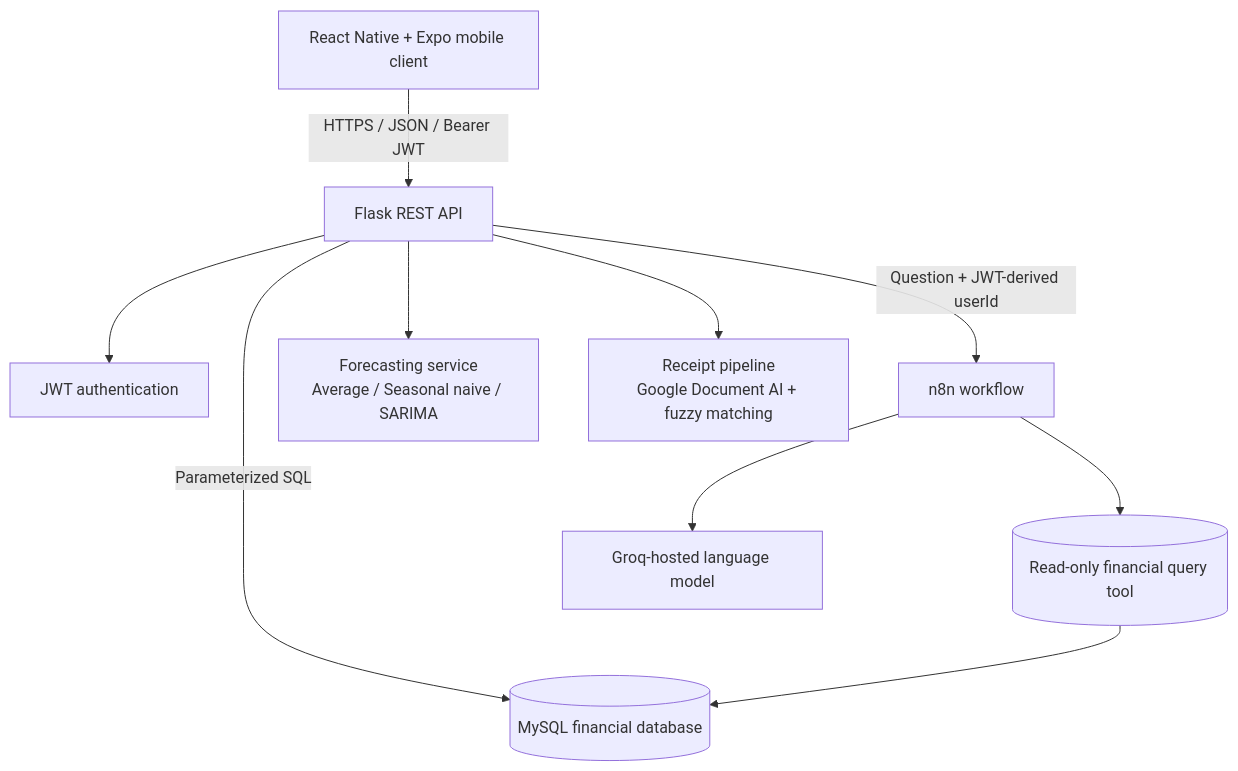
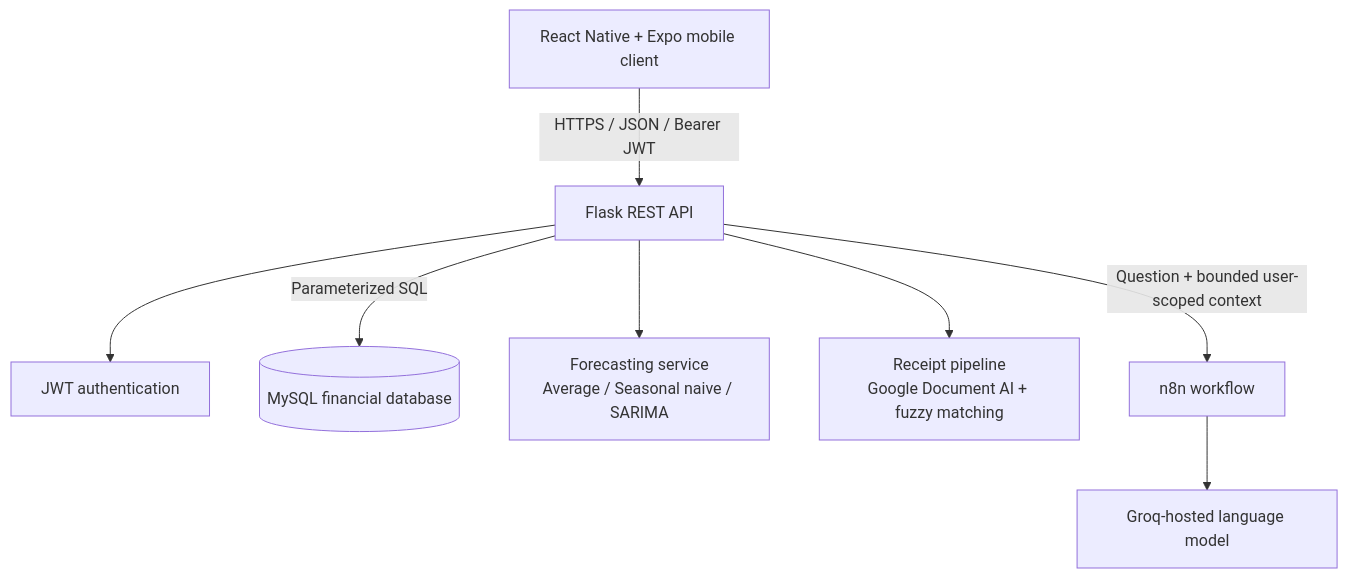
One commit to AntiBrs/myEnvelope changed the first of 3 diagrams in README.md. Above: the diagram before and after it, drawn with Mermaid. The commit also changed other lines of this file and 49 other files, not shown here.

Commit message:
Harden authentication and financial API; add Docker Compose deployment

````diff
--- a/README.md
+++ b/README.md
@@ -52,22 +52,19 @@
 ```mermaid
 flowchart TB
     Mobile[React Native + Expo mobile client]
     API[Flask REST API]
     Auth[JWT authentication]
     DB[(MySQL financial database)]
     Forecast[Forecasting service<br/>Average / Seasonal naive / SARIMA]
     Receipt[Receipt pipeline<br/>Google Document AI + fuzzy matching]
     N8N[n8n workflow]
     LLM[Groq-hosted language model]
-    ReadOnly[(Read-only financial query tool)]
 
     Mobile -->|HTTPS / JSON / Bearer JWT| API
     API --> Auth
     API -->|Parameterized SQL| DB
     API --> Forecast
     API --> Receipt
-    API -->|Question + JWT-derived userId| N8N
+    API -->|Question + bounded user-scoped context| N8N
     N8N --> LLM
-    N8N --> ReadOnly
-    ReadOnly --> DB
 ```
````
